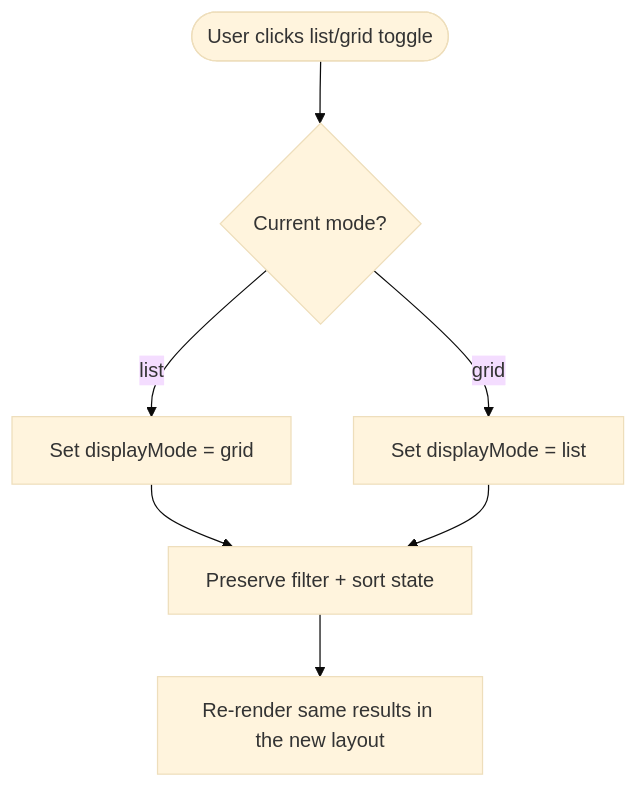
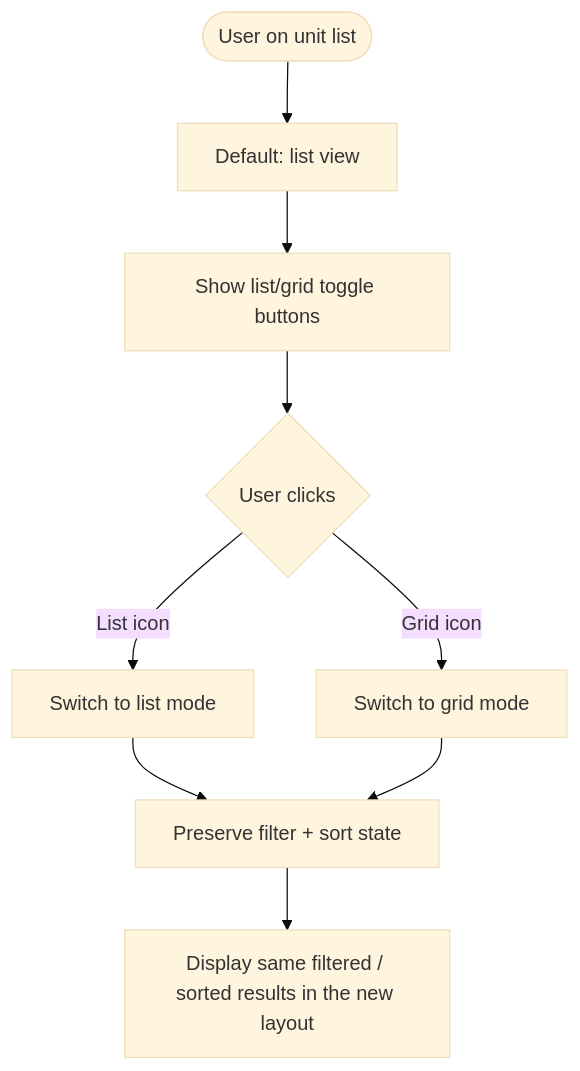
Before and after one commit to CarmenSoftware-organization/carmen-wiki: the diagram in en/inventory/master-data/unit.md, drawn with Mermaid (base theme). The commit also changed other lines of this file and 20 other files, not shown here.

Commit message:
fix(product,master-data,recipe): correct 13 diagrams against code, drop disabled-export diagram (review round 1)

````diff
--- a/en/inventory/master-data/unit.md
+++ b/en/inventory/master-data/unit.md
@@ -37,9 +37,11 @@
 ```mermaid
 flowchart TD
-    Start(["User clicks list/grid toggle"]) --> CurrentMode{"Current mode?"}
-    CurrentMode -->|"list"| SetGrid["Set displayMode = grid"]
-    CurrentMode -->|"grid"| SetList["Set displayMode = list"]
-    SetGrid --> Preserve["Preserve filter + sort state"]
-    SetList --> Preserve
-    Preserve --> Render["Re-render same results in the new layout"]
+    Start(["User on unit list"]) --> DefaultView["Default: list view"]
+    DefaultView --> ShowToggle["Show list/grid toggle buttons"]
+    ShowToggle --> UserClick{"User clicks"}
+    UserClick -->|"List icon"| SwitchToList["Switch to list mode"]
+    UserClick -->|"Grid icon"| SwitchToGrid["Switch to grid mode"]
+    SwitchToList --> Preserve["Preserve filter + sort state"]
+    SwitchToGrid --> Preserve
+    Preserve --> ShowSameData["Display same filtered / sorted results in the new layout"]
 ```
````
